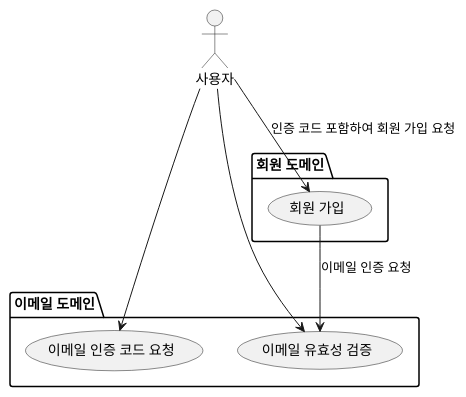
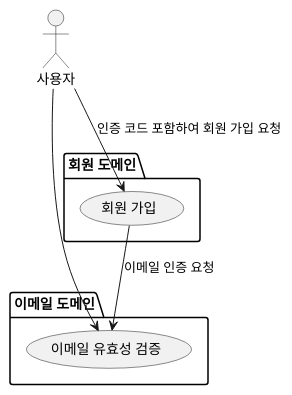
The diagram in .uml/member/UseCase.puml (dykim-base-project/boot2-hexagonal), drawn with PlantUML before and after one commit. The commit also changed 33 other files, not shown here.

Commit message:
fix: README, uml, flyway sql 보완, 이메일 useCase 수정, entity 길이 설정

```diff
--- a/.uml/member/UseCase.puml
+++ b/.uml/member/UseCase.puml
@@ -1,20 +1,18 @@
 @startuml
 
 actor 사용자
 
 package "회원 도메인" as member {
   (회원 가입)
 '  ([TBD]sns 인증 코드 요청)
 }
 
 package "이메일 도메인" as email {
-  (이메일 인증 코드 요청)
   (이메일 유효성 검증)
 }
 
-사용자 -> (이메일 인증 코드 요청)
 사용자 -> (이메일 유효성 검증)
 
 사용자 --> (회원 가입): 인증 코드 포함하여 회원 가입 요청
 (회원 가입) --> (이메일 유효성 검증): 이메일 인증 요청
 @enduml
```
